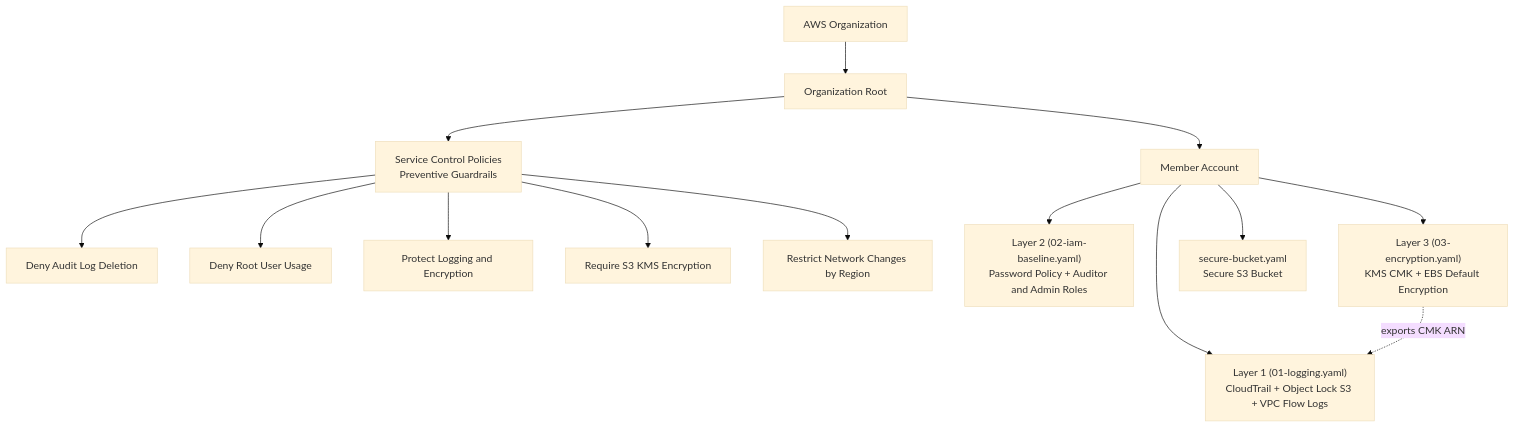
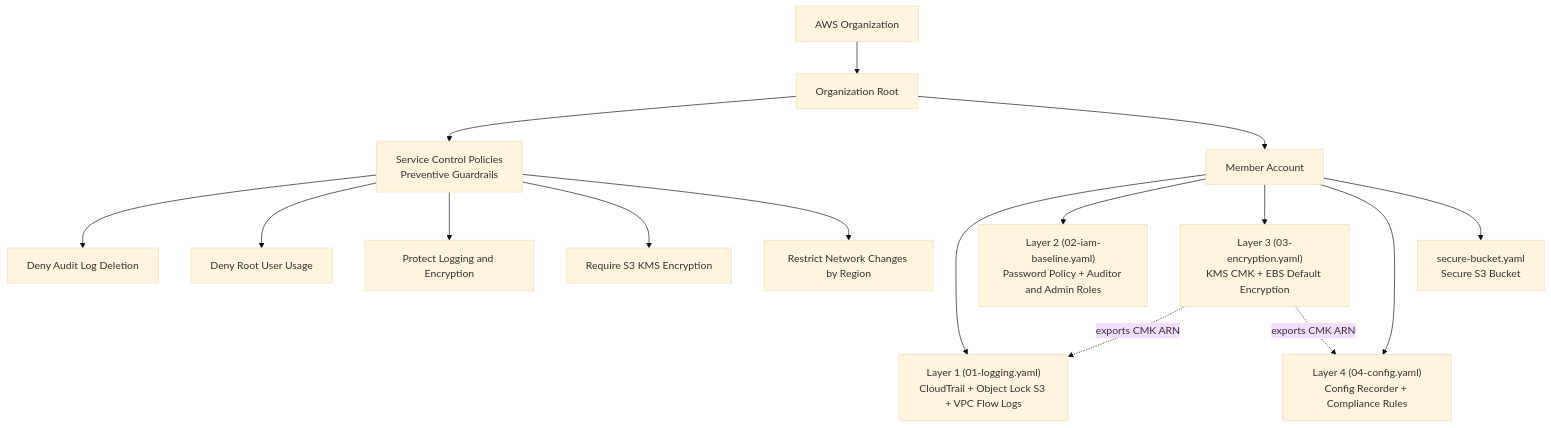
Before and after one commit to 0xBahalaNa/aws-compliance-as-code: the diagram in README.md, drawn with Mermaid (base theme). The commit also changed other lines of this file and 1 other file, not shown here.

First line of the commit message:
feat: Layer 4 — AWS Config + 5 managed compliance rules (#14)

````diff
--- a/README.md
+++ b/README.md
@@ -17,16 +17,18 @@
 ```mermaid
 graph TD
     A[AWS Organization] --> B[Organization Root]
     B --> SCP["Service Control Policies<br/>Preventive Guardrails"]
     SCP --> S1["Deny Audit Log Deletion"]
     SCP --> S2["Deny Root User Usage"]
     SCP --> S3["Protect Logging and Encryption"]
     SCP --> S4["Require S3 KMS Encryption"]
     SCP --> S5["Restrict Network Changes by Region"]
     B --> ACC["Member Account"]
     ACC --> L1["Layer 1 (01-logging.yaml)<br/>CloudTrail + Object Lock S3 + VPC Flow Logs"]
     ACC --> L2["Layer 2 (02-iam-baseline.yaml)<br/>Password Policy + Auditor and Admin Roles"]
     ACC --> L3["Layer 3 (03-encryption.yaml)<br/>KMS CMK + EBS Default Encryption"]
+    ACC --> L4["Layer 4 (04-config.yaml)<br/>Config Recorder + Compliance Rules"]
     ACC --> SB["secure-bucket.yaml<br/>Secure S3 Bucket"]
     L3 -. exports CMK ARN .-> L1
+    L3 -. exports CMK ARN .-> L4
 ```
````
